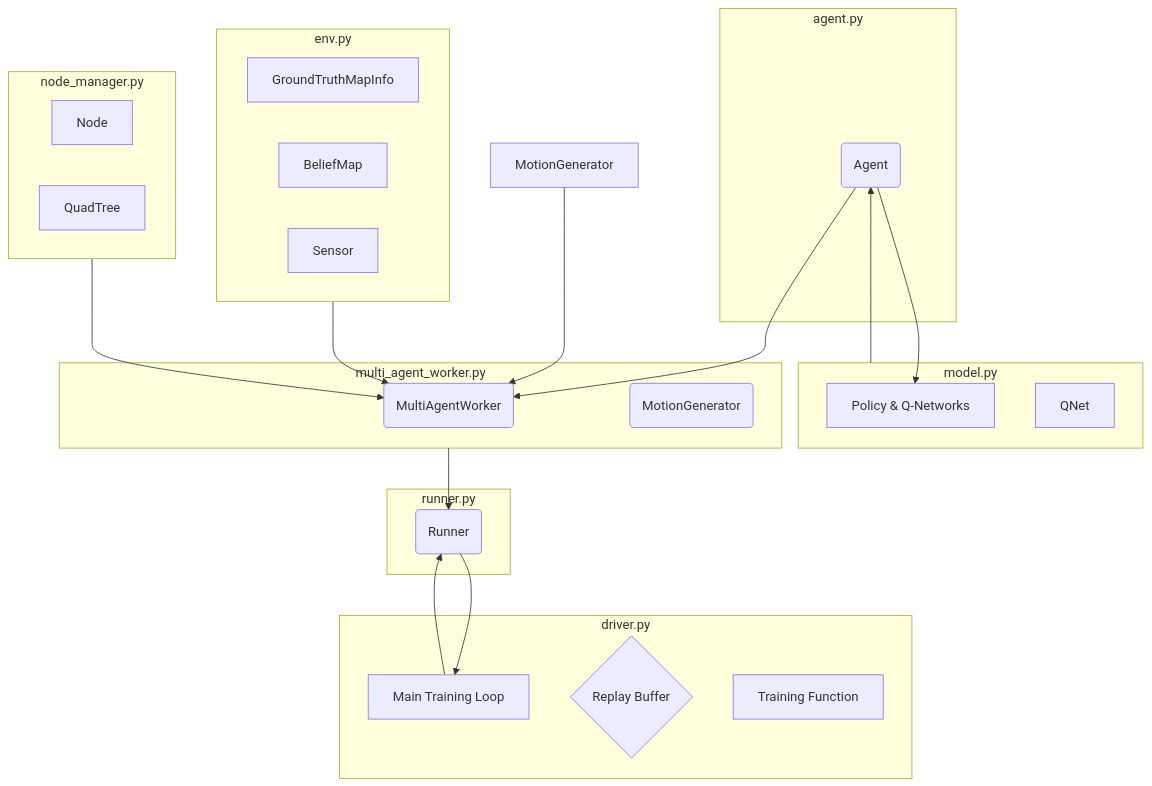
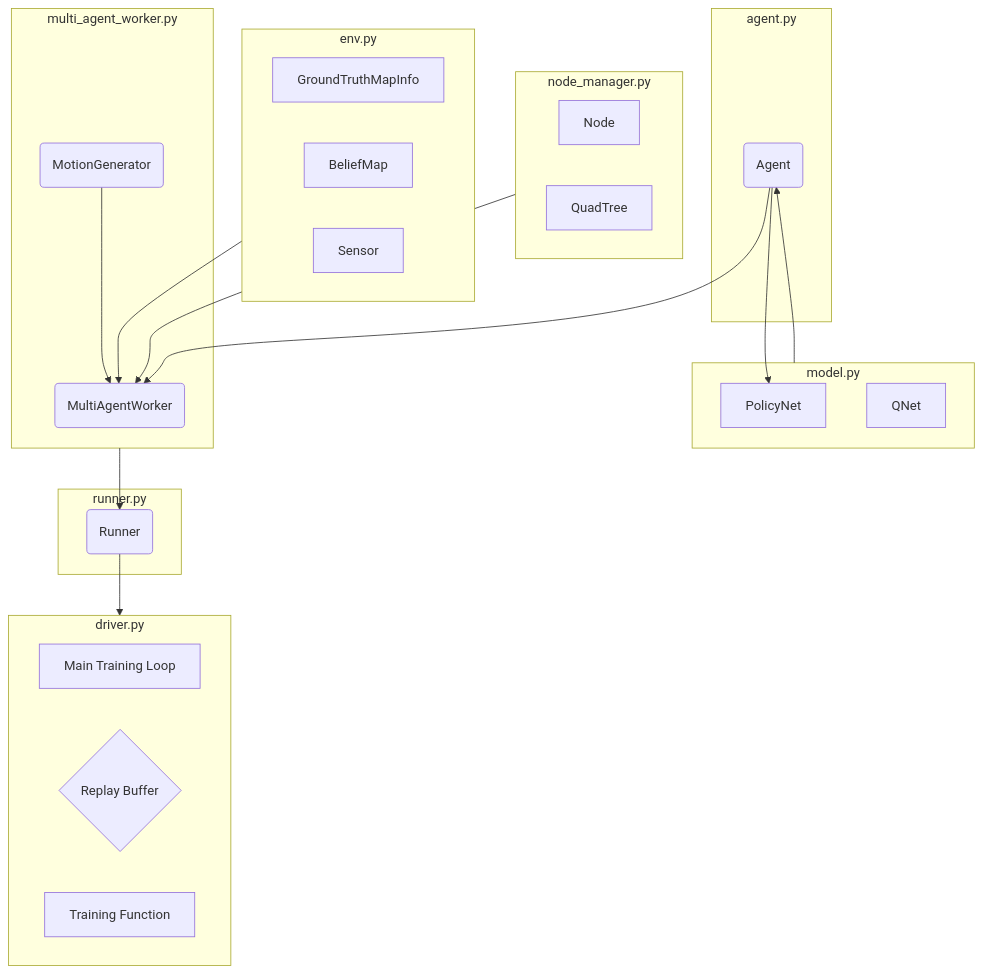
The diagram in README.md (DiligentYoon/MARVEL-2025-), drawn with Mermaid before and after one commit.

````diff
--- a/README.md
+++ b/README.md
@@ -63,50 +63,48 @@
 ```mermaid
 graph TD;
-    Driver --> Runner;
     Simulation_Module --> Runner;
-    Runner --> Driver;
+    Runner --> Driver_Module;
     Agent --> MultiAgentWorker;
     Env --> MultiAgentWorker;
     Agent --> PolicyNet;
     Model --> Agent;
     Node_Manager --> MultiAgentWorker;
-    MotionGenerator --> MultiAgentWorker;
+    Motionmodel --> MultiAgentWorker;
 
 
     subgraph Model [model.py]
         PolicyNet[PolicyNet]
         QNet[QNet]
     end
 
     subgraph Node_Manager [node_manager.py]
         Node[Node];
         QuadTree[QuadTree];
     end
 
     subgraph Env [env.py]
         TrueMap[GroundTruthMapInfo];
         BeliefMap[BeliefMap];
         Sensor[Sensor];
     end
 
     subgraph Driver_Module [driver.py]
         Driver[Main Training Loop];
         ReplayBuffer{Replay Buffer};
-        PolicyNet[Policy & Q-Networks];
         TrainingFunc[Training Function];
     end
 
     subgraph Runner_Module [runner.py]
         Runner(Runner);
     end
 
     subgraph Simulation_Module [multi_agent_worker.py]
         MultiAgentWorker(MultiAgentWorker);
         Motionmodel(MotionGenerator);
     end
 
     subgraph Agent_Module [agent.py]
 
         Agent(Agent);
     end
 ```
````
